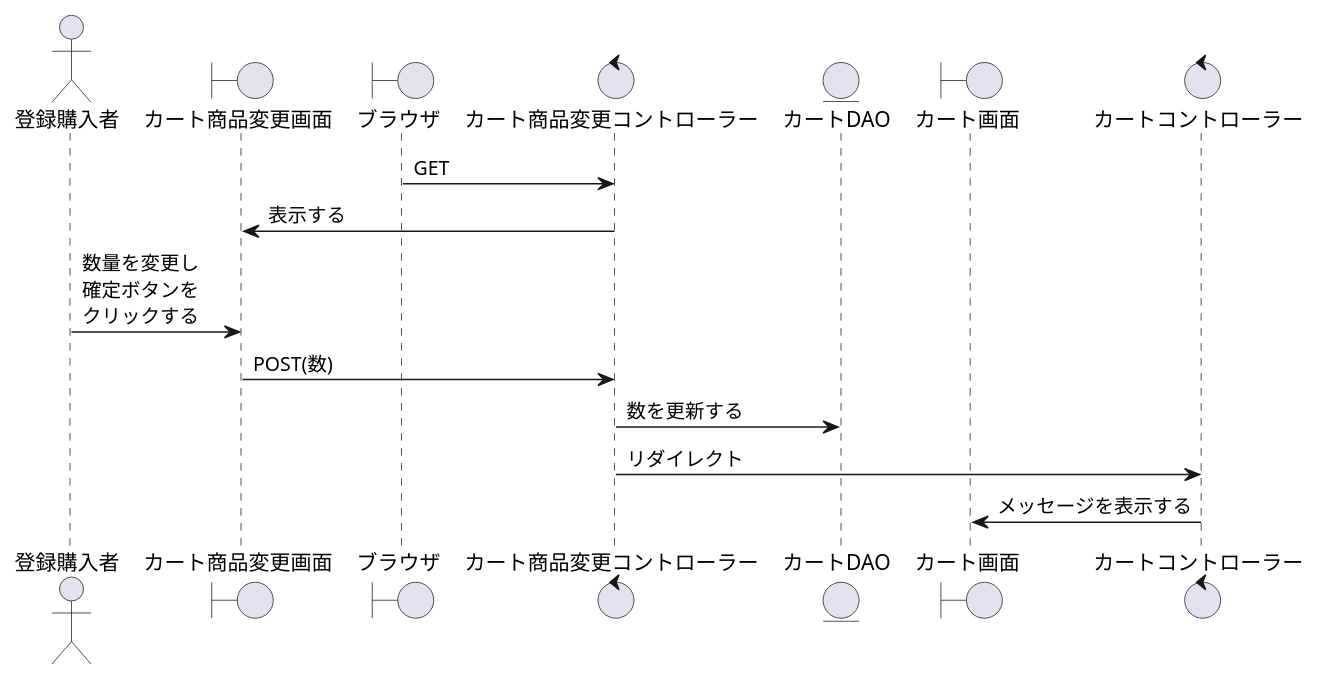
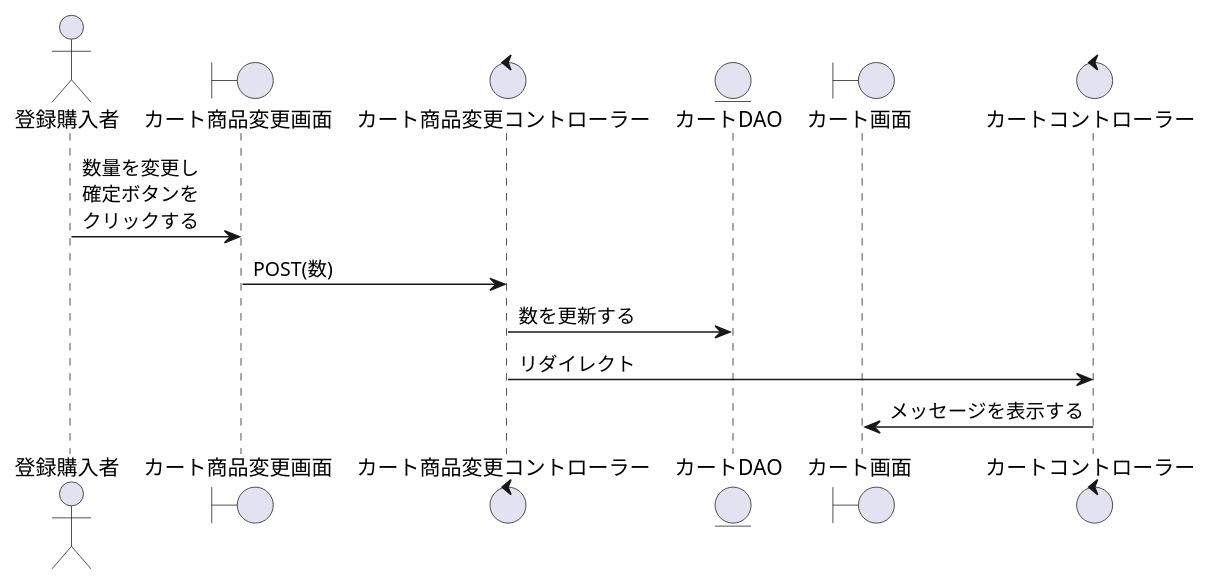
Before and after one commit to SK-B-S/PJ: the diagram in PJ_シーケンス/購入者/カート商品変更.wsd, drawn with PlantUML. The commit also changed 10 other files, not shown here.

```diff
--- a/PJ_シーケンス/購入者/カート商品変更.wsd
+++ b/PJ_シーケンス/購入者/カート商品変更.wsd
@@ -1,21 +1,18 @@
 @startuml カート商品変更
 
 actor    "登録購入者" as act
 boundary "カート商品変更画面" as Change_Cart
-boundary "ブラウザ" as brz
 control  "カート商品変更コントローラー" as Approval_c
 entity   "カートDAO" as Account
 boundary "カート画面" as cart
 control  "カートコントローラー" as cart_c
 
 '-------------------------------------------------------------------------------------------
 
-brz ->  Approval_c : GET
-Change_Cart <-  Approval_c : 表示する
 act -> Change_Cart : 数量を変更し\n確定ボタンを\nクリックする
 Change_Cart -> Approval_c: POST(数)
 Approval_c -> Account: 数を更新する
 Approval_c -> cart_c : リダイレクト
 cart_c -> cart : メッセージを表示する
 
 @enduml
```
